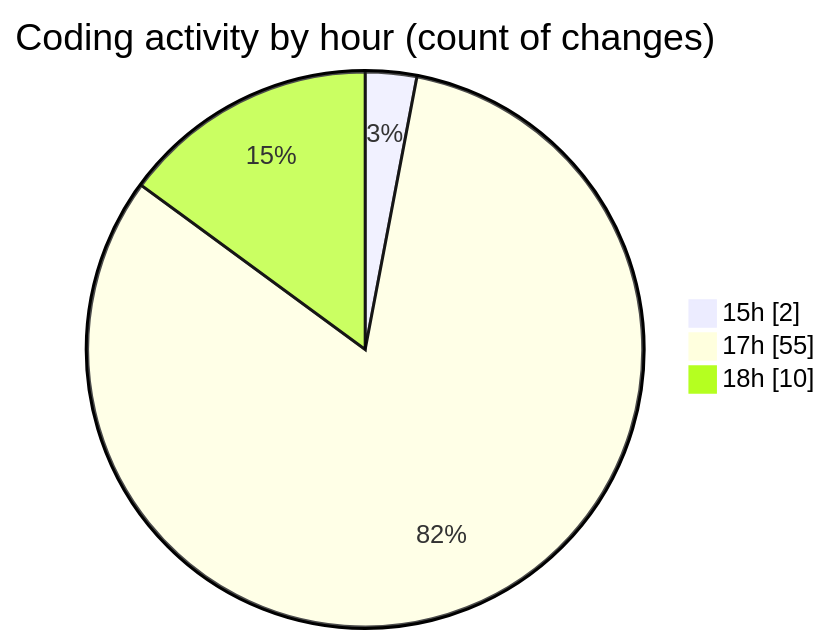
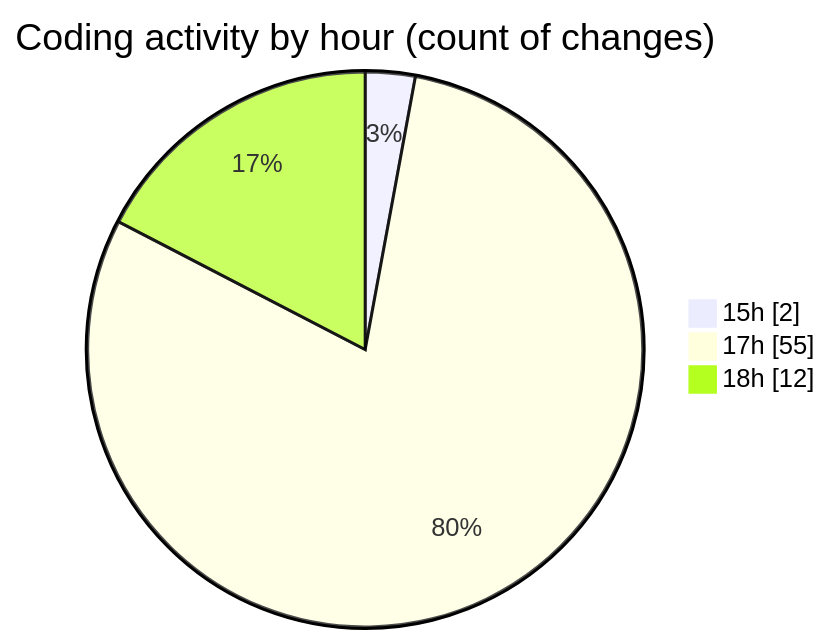
One commit to momahboobian/code-tracking changed the second of 2 diagrams in 2025-05-06/samplepdf/README.md. Above: the diagram before and after it, drawn with Mermaid. The commit also changed other lines of this file and 1 other file, not shown here.

````diff
--- a/2025-05-06/samplepdf/README.md
+++ b/2025-05-06/samplepdf/README.md
@@ -46,7 +46,7 @@
 ```mermaid
 pie showData
 title Coding activity by hour (count of changes)
 "15h" : 2
 "17h" : 55
-"18h" : 10
+"18h" : 12
 ```
````
